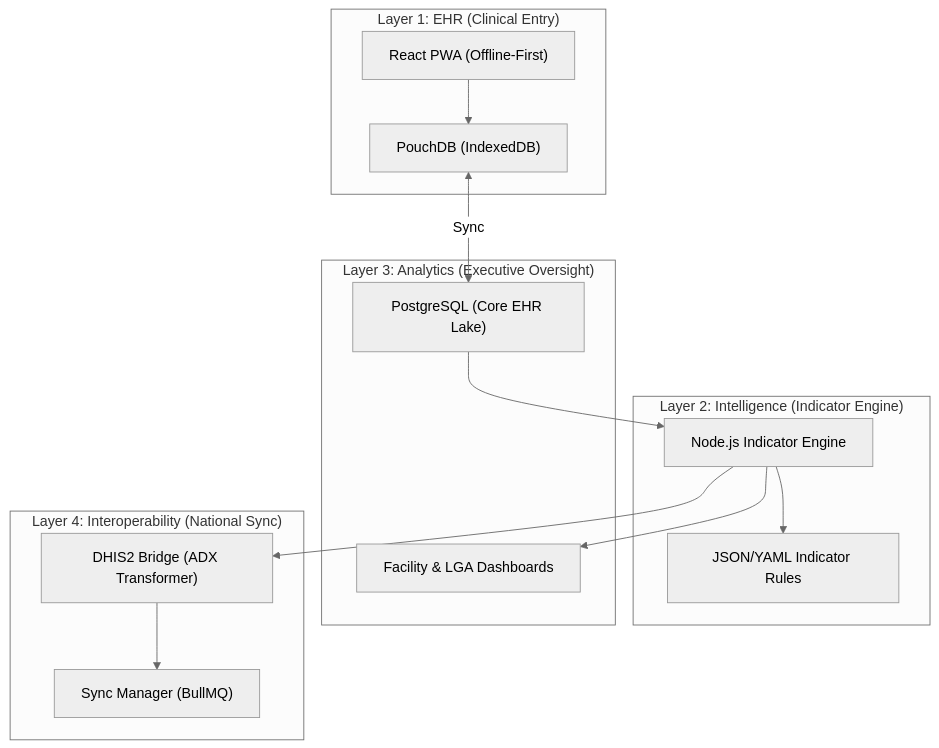
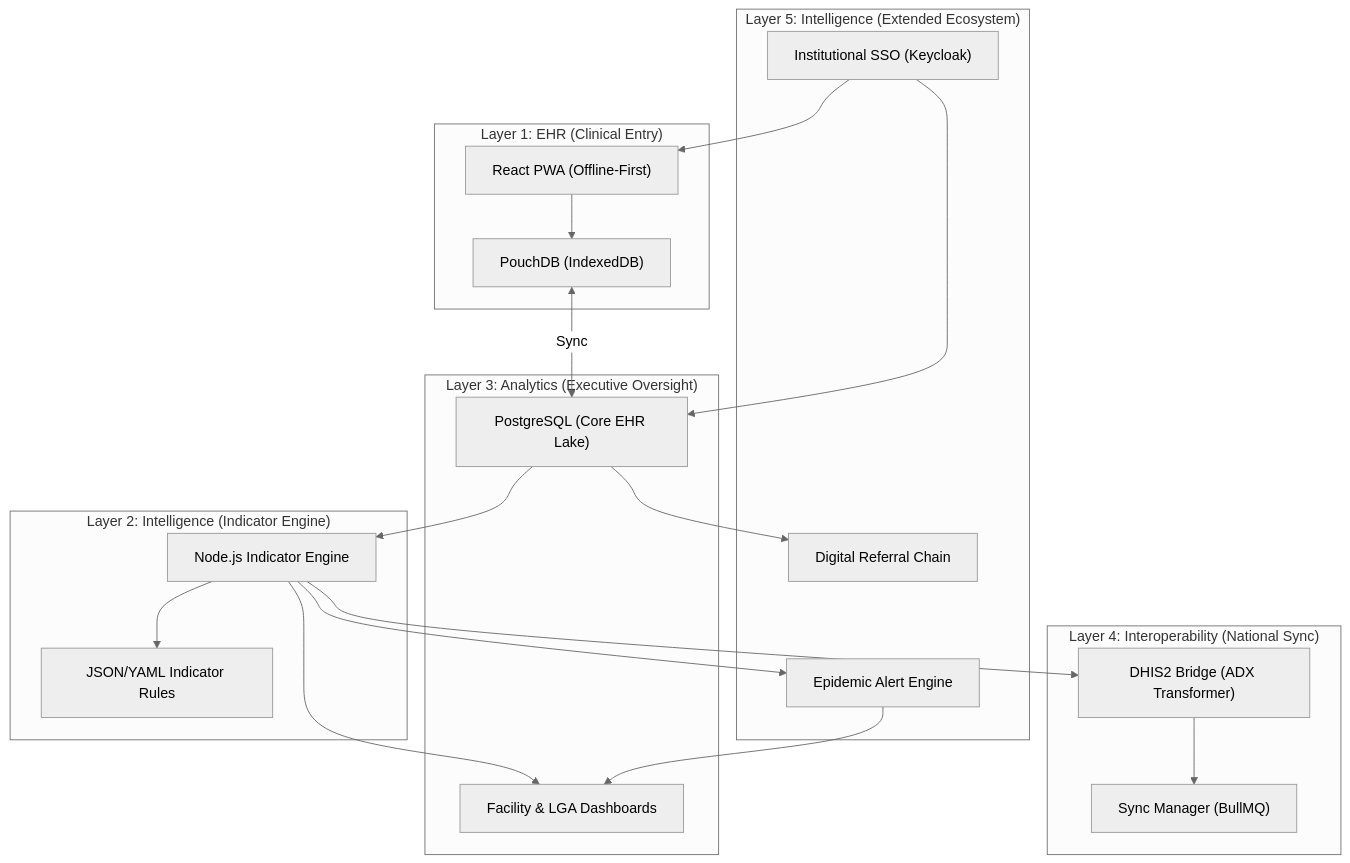
The diagram in docs/WHITE_PAPER.md (huzex87/carelink-phc), drawn with Mermaid (neutral theme) before and after one commit. The commit also changed other lines of this file and 12 other files, not shown here.

Commit message:
Final Delivery: Phase 5 Intelligence, SSO, and updated documentation suite

````diff
--- a/docs/WHITE_PAPER.md
+++ b/docs/WHITE_PAPER.md
@@ -14,30 +14,42 @@
 ```mermaid
 graph TD
     subgraph "Layer 1: EHR (Clinical Entry)"
         PWA["React PWA (Offline-First)"]
         LocalDB["PouchDB (IndexedDB)"]
     end
 
     subgraph "Layer 2: Intelligence (Indicator Engine)"
         Engine["Node.js Indicator Engine"]
         Rules["JSON/YAML Indicator Rules"]
     end
 
     subgraph "Layer 3: Analytics (Executive Oversight)"
         Dashboard["Facility & LGA Dashboards"]
         Postgres["PostgreSQL (Core EHR Lake)"]
     end
 
     subgraph "Layer 4: Interoperability (National Sync)"
         Bridge["DHIS2 Bridge (ADX Transformer)"]
         Queue["Sync Manager (BullMQ)"]
     end
 
     PWA --> LocalDB
     LocalDB <-->|Sync| Postgres
     Postgres --> Engine
     Engine --> Rules
     Engine --> Dashboard
     Engine --> Bridge
     Bridge --> Queue
+
+    subgraph "Layer 5: Intelligence (Extended Ecosystem)"
+        ML["Epidemic Alert Engine"]
+        Referral["Digital Referral Chain"]
+        SSO["Institutional SSO (Keycloak)"]
+    end
+
+    Engine --> ML
+    ML --> Dashboard
+    Postgres --> Referral
+    SSO --> PWA
+    SSO --> Postgres
 ```
````
